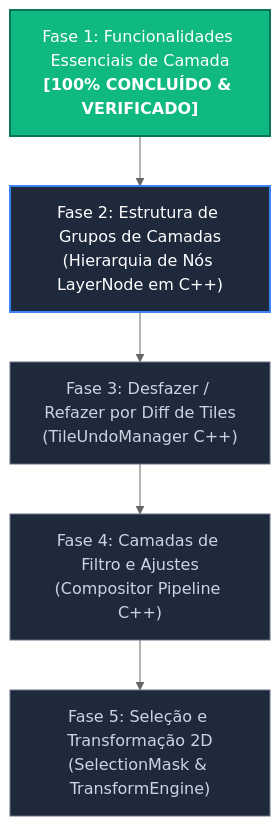
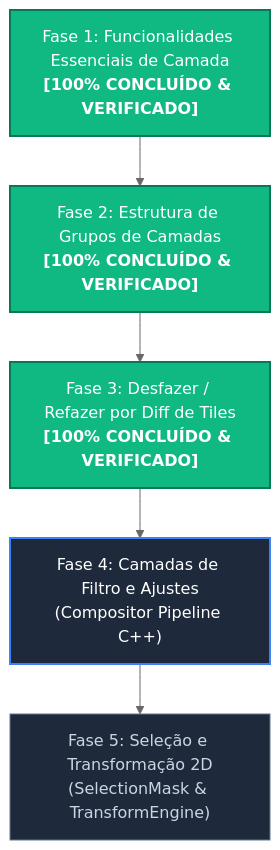
One commit to hideakibellstudio-coder/lumenia-art-studio changed the diagram in docs/implementation_plan.md. Above: the diagram before and after it, drawn with Mermaid (neutral theme). The commit also changed other lines of this file and 5 other files, not shown here.

First line of the commit message:
feat(undo): complete Phase 3 - TileUndoManager in C++ & ToolSidebar undo/redo buttons

````diff
--- a/docs/implementation_plan.md
+++ b/docs/implementation_plan.md
@@ -9,19 +9,19 @@
 ```mermaid
 graph TD
     Phase1["Fase 1: Funcionalidades Essenciais de Camada<br><b>[100% CONCLUÍDO & VERIFICADO]</b>"]
-    Phase2["Fase 2: Estrutura de Grupos de Camadas<br>(Hierarquia de Nós LayerNode em C++)"]
-    Phase3["Fase 3: Desfazer / Refazer por Diff de Tiles<br>(TileUndoManager C++)"]
+    Phase2["Fase 2: Estrutura de Grupos de Camadas<br><b>[100% CONCLUÍDO & VERIFICADO]</b>"]
+    Phase3["Fase 3: Desfazer / Refazer por Diff de Tiles<br><b>[100% CONCLUÍDO & VERIFICADO]</b>"]
     Phase4["Fase 4: Camadas de Filtro e Ajustes<br>(Compositor Pipeline C++)"]
     Phase5["Fase 5: Seleção e Transformação 2D<br>(SelectionMask & TransformEngine)"]
 
     style Phase1 fill:#10b981,stroke:#047857,stroke-width:2px,color:#fff
-    style Phase2 fill:#1e293b,stroke:#3b82f6,stroke-width:2px,color:#fff
-    style Phase3 fill:#1e293b,stroke:#64748b,stroke-width:1px,color:#cbd5e1
-    style Phase4 fill:#1e293b,stroke:#64748b,stroke-width:1px,color:#cbd5e1
+    style Phase2 fill:#10b981,stroke:#047857,stroke-width:2px,color:#fff
+    style Phase3 fill:#10b981,stroke:#047857,stroke-width:2px,color:#fff
+    style Phase4 fill:#1e293b,stroke:#3b82f6,stroke-width:2px,color:#fff
     style Phase5 fill:#1e293b,stroke:#64748b,stroke-width:1px,color:#cbd5e1
 
     Phase1 --> Phase2
     Phase2 --> Phase3
     Phase3 --> Phase4
     Phase4 --> Phase5
 ```
````
